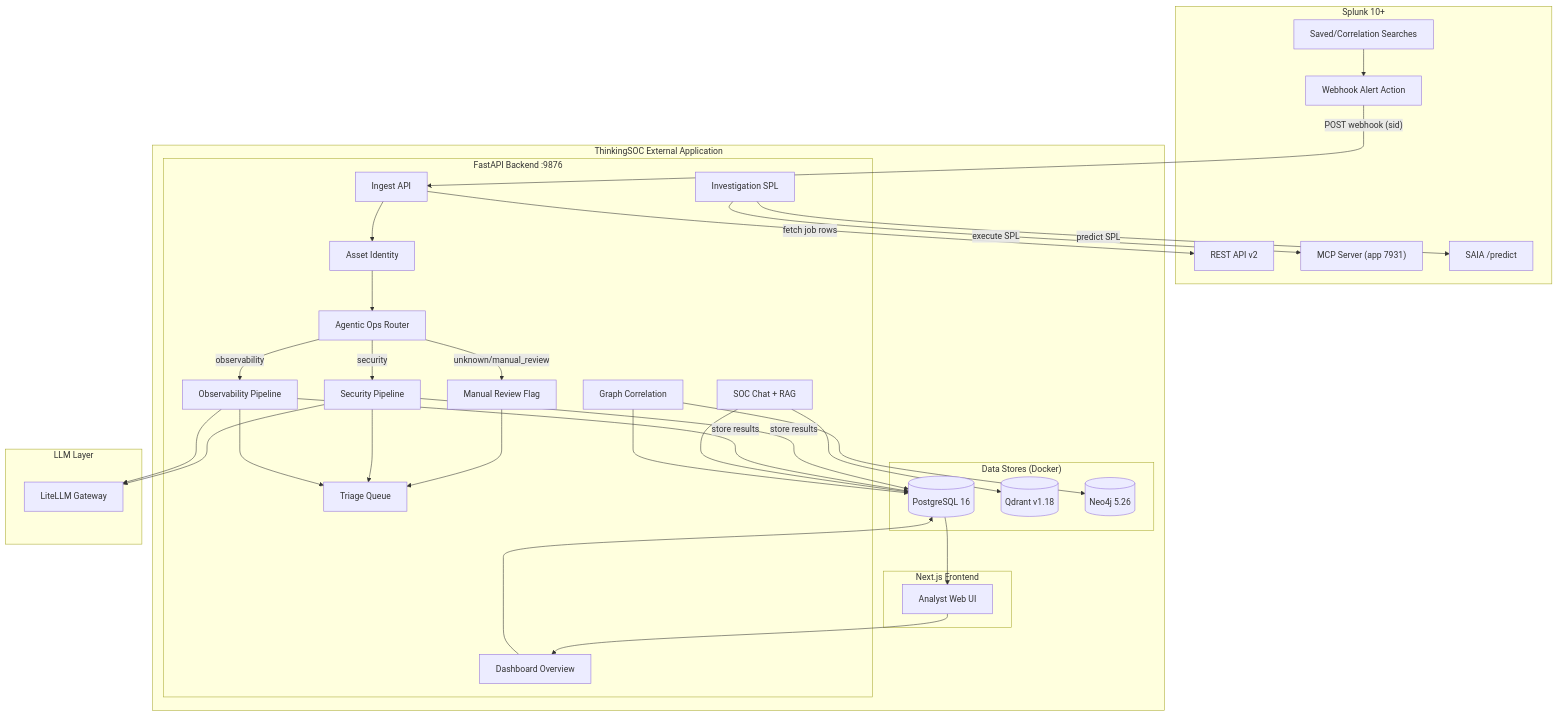
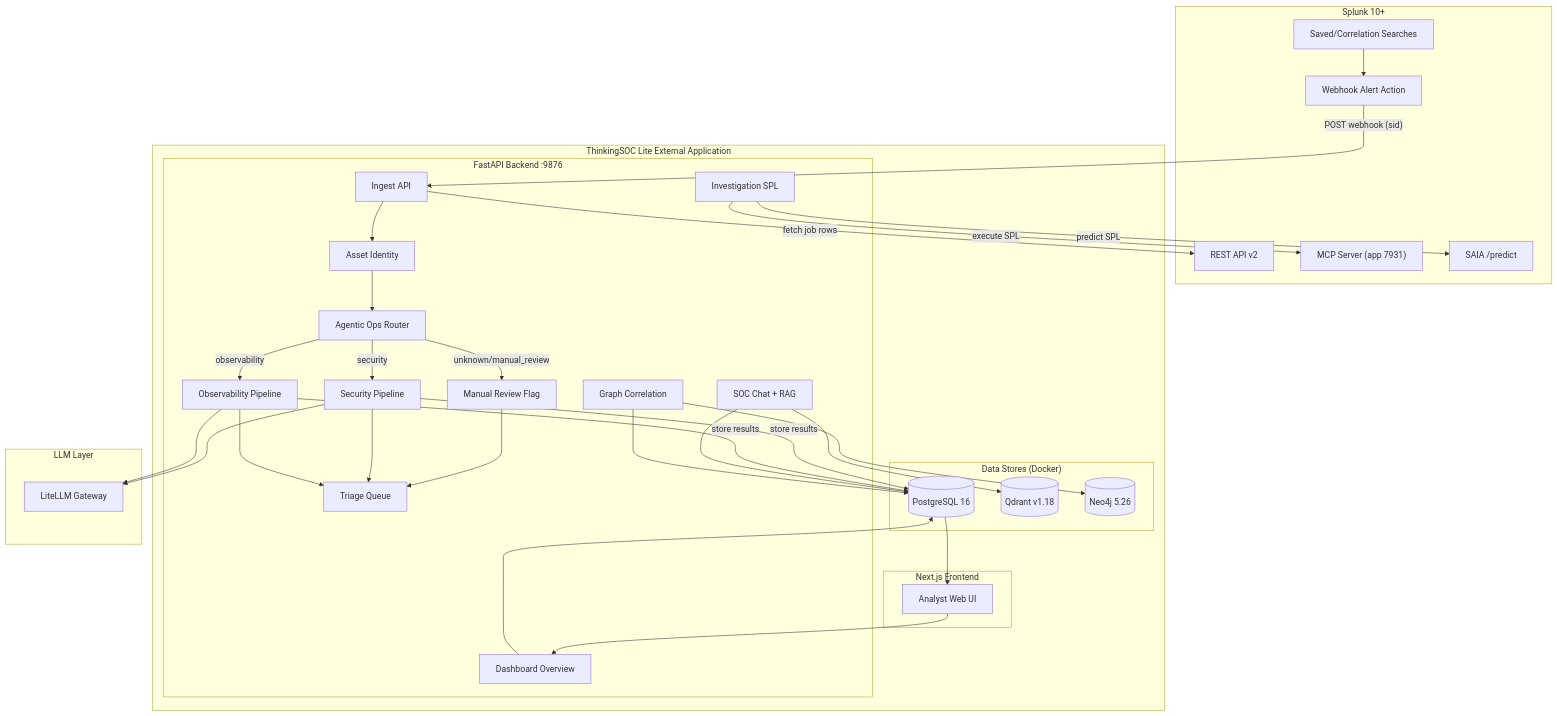
One commit to Sepideh-Asadollahi/ThinkingSOC-splunk-hackathon changed the first of 8 diagrams in docs/architecture-views.md. Above: the diagram before and after it, drawn with Mermaid. The commit also changed other lines of this file and 124 other files, not shown here.

Commit message:
feat: unify product branding as ThinkingSOC Lite

````diff
--- a/docs/architecture-views.md
+++ b/docs/architecture-views.md
@@ -11,65 +11,65 @@
 ```mermaid
 flowchart TB
   subgraph splunkZone ["Splunk 10+"]
     SavedSearch["Saved/Correlation Searches"]
     AlertAction["Webhook Alert Action"]
     SplunkREST["REST API v2"]
     SplunkMCP["MCP Server (app 7931)"]
     SAIA["SAIA /predict"]
   end
 
-  subgraph appZone ["ThinkingSOC External Application"]
+  subgraph appZone ["ThinkingSOC Lite External Application"]
     subgraph backend ["FastAPI Backend :9876"]
       IngestAPI["Ingest API"]
       Classifier["Agentic Ops Router"]
       HumanReview["Manual Review Flag"]
       SecPipeline["Security Pipeline"]
       ObsPipeline["Observability Pipeline"]
       Inventory["Asset Identity"]
       SOCChat["SOC Chat + RAG"]
       Correlation["Graph Correlation"]
       TriageQueue["Triage Queue"]
       Dashboard["Dashboard Overview"]
       InvestSPL["Investigation SPL"]
     end
 
     subgraph dataStores ["Data Stores (Docker)"]
       PG[("PostgreSQL 16")]
       Qdrant[("Qdrant v1.18")]
       Neo4j[("Neo4j 5.26")]
     end
 
     subgraph frontendZone ["Next.js Frontend"]
       WebUI["Analyst Web UI"]
     end
   end
 
   subgraph llmZone ["LLM Layer"]
     LiteLLM["LiteLLM Gateway"]
   end
 
   SavedSearch --> AlertAction
   AlertAction -->|"POST webhook (sid)"| IngestAPI
   IngestAPI -->|"fetch job rows"| SplunkREST
   IngestAPI --> Inventory
   Inventory --> Classifier
   Classifier -->|security| SecPipeline
   Classifier -->|observability| ObsPipeline
   Classifier -->|unknown/manual_review| HumanReview
   HumanReview --> TriageQueue
   SecPipeline --> TriageQueue
   ObsPipeline --> TriageQueue
   SecPipeline -->|"store results"| PG
   ObsPipeline -->|"store results"| PG
   InvestSPL -->|"predict SPL"| SAIA
   InvestSPL -->|"execute SPL"| SplunkMCP
   SecPipeline --> LiteLLM
   ObsPipeline --> LiteLLM
   SOCChat --> Qdrant
   SOCChat --> PG
   Correlation --> Neo4j
   Correlation --> PG
   Dashboard --> PG
   WebUI --> Dashboard
   PG --> WebUI
 ```
````
